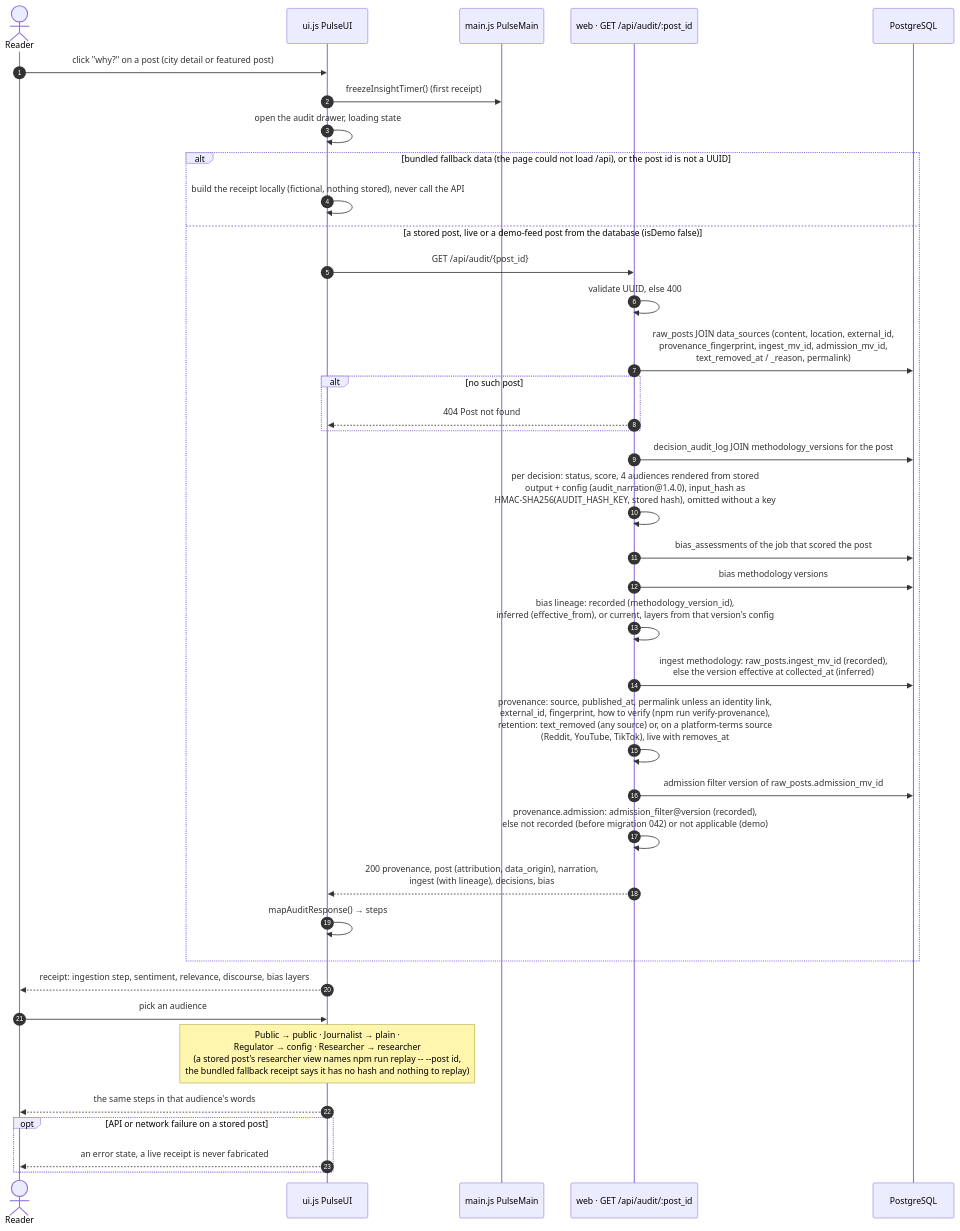
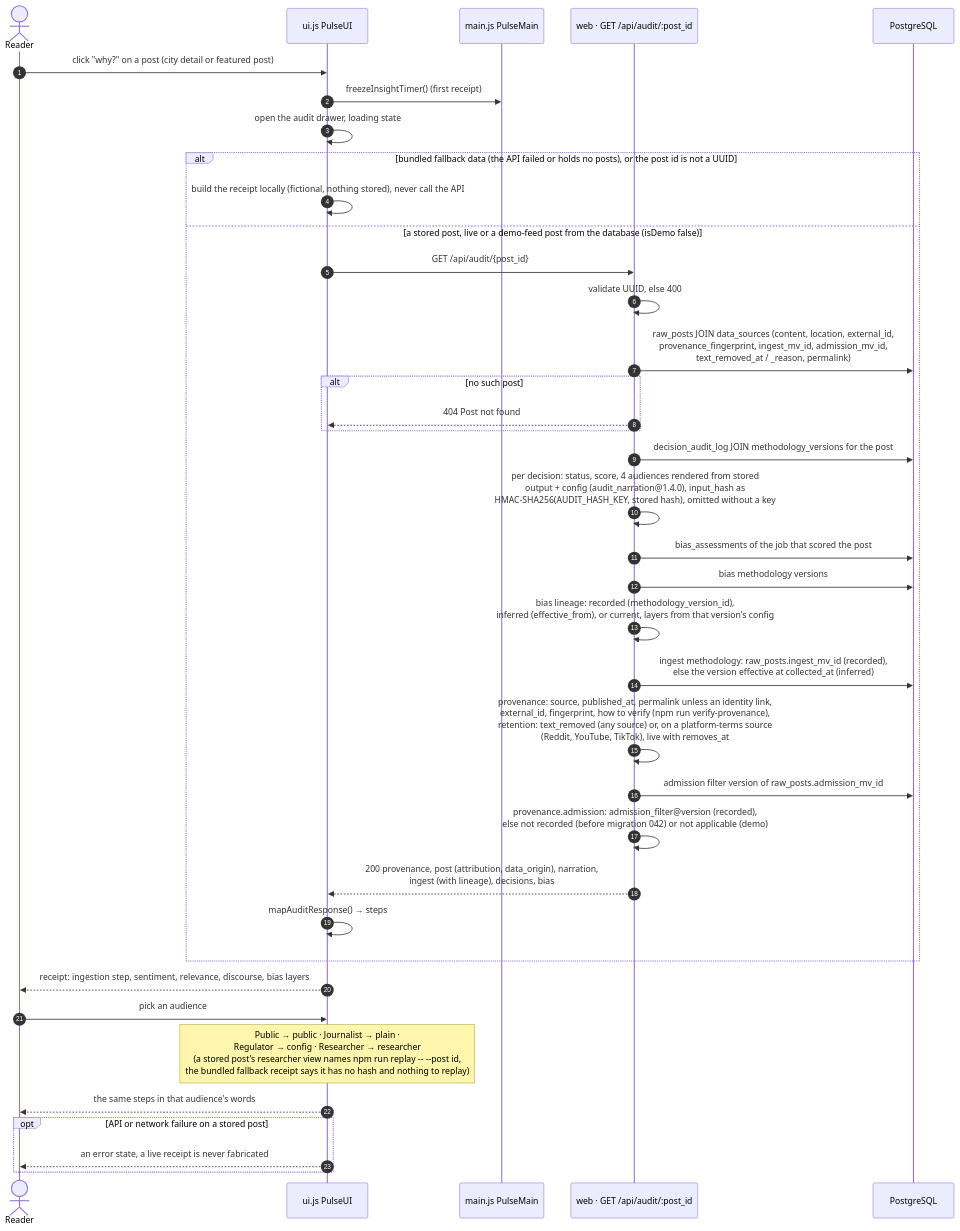
The diagram in docs/diagrams/sequences/audit-receipt.mmd (jennifer-mckinney/pulse-of-ai), drawn with Mermaid before and after one commit. The commit also changed 13 other files, not shown here.

First line of the commit message:
Docs: separate the bundled fallback from stored demo-feed posts everywhere

```diff
--- a/docs/diagrams/sequences/audit-receipt.mmd
+++ b/docs/diagrams/sequences/audit-receipt.mmd
@@ -1,43 +1,43 @@
 %% Title: Sequence · the "why?" audit receipt
 %% Summary: What happens when a reader opens a post's receipt: the drawer request, the queries behind GET /api/audit/:post_id, the provenance and lineage it adds, and the four audience views the drawer switches between.
 %% Sources: public/js/ui.js (openAudit, mapAuditResponse, AUDIENCES), src/routes/audit.js, src/config/{audit-narration,bias-lineage,bias-vocabulary,source-registry,data-mode}.js, src/collectors/retention.js (retentionStatus), src/db/migrations/042_admission_filter.sql. Updated 2026-10-01. Spec: TECHNICAL_SPEC.md sections 7 (GET /api/audit/:post_id), 8 (provenance), 10 (explainability chain, audiences).
 sequenceDiagram
   autonumber
   actor Reader
   participant UI as ui.js PulseUI
   participant Main as main.js PulseMain
   participant API as web · GET /api/audit/:post_id
   participant DB as PostgreSQL
 
   Reader->>UI: click "why?" on a post (city detail or featured post)
   UI->>Main: freezeInsightTimer() (first receipt)
   UI->>UI: open the audit drawer, loading state
-  alt bundled fallback data (the page could not load /api), or the post id is not a UUID
+  alt bundled fallback data (the API failed or holds no posts), or the post id is not a UUID
     UI->>UI: build the receipt locally (fictional, nothing stored), never call the API
   else a stored post, live or a demo-feed post from the database (isDemo false)
     UI->>API: GET /api/audit/{post_id}
     API->>API: validate UUID, else 400
     API->>DB: raw_posts JOIN data_sources (content, location, external_id,<br/>provenance_fingerprint, ingest_mv_id, admission_mv_id,<br/>text_removed_at / _reason, permalink)
     alt no such post
       API-->>UI: 404 Post not found
     end
     API->>DB: decision_audit_log JOIN methodology_versions for the post
     API->>API: per decision: status, score, 4 audiences rendered from stored<br/>output + config (audit_narration@1.4.0), input_hash as<br/>HMAC-SHA256(AUDIT_HASH_KEY, stored hash), omitted without a key
     API->>DB: bias_assessments of the job that scored the post
     API->>DB: bias methodology versions
     API->>API: bias lineage: recorded (methodology_version_id),<br/>inferred (effective_from), or current, layers from that version's config
     API->>DB: ingest methodology: raw_posts.ingest_mv_id (recorded),<br/>else the version effective at collected_at (inferred)
     API->>API: provenance: source, published_at, permalink unless an identity link,<br/>external_id, fingerprint, how to verify (npm run verify-provenance),<br/>retention: text_removed (any source) or, on a platform-terms source<br/>(Reddit, YouTube, TikTok), live with removes_at
     API->>DB: admission filter version of raw_posts.admission_mv_id
     API->>API: provenance.admission: admission_filter@version (recorded),<br/>else not recorded (before migration 042) or not applicable (demo)
     API-->>UI: 200 provenance, post (attribution, data_origin), narration,<br/>ingest (with lineage), decisions, bias
     UI->>UI: mapAuditResponse() → steps
   end
   UI-->>Reader: receipt: ingestion step, sentiment, relevance, discourse, bias layers
 
   Reader->>UI: pick an audience
   Note over UI: Public → public · Journalist → plain ·<br/>Regulator → config · Researcher → researcher<br/>(a stored post's researcher view names npm run replay -- --post id,<br/>the bundled fallback receipt says it has no hash and nothing to replay)
   UI-->>Reader: the same steps in that audience's words
   opt API or network failure on a stored post
     UI-->>Reader: an error state, a live receipt is never fabricated
   end
```
